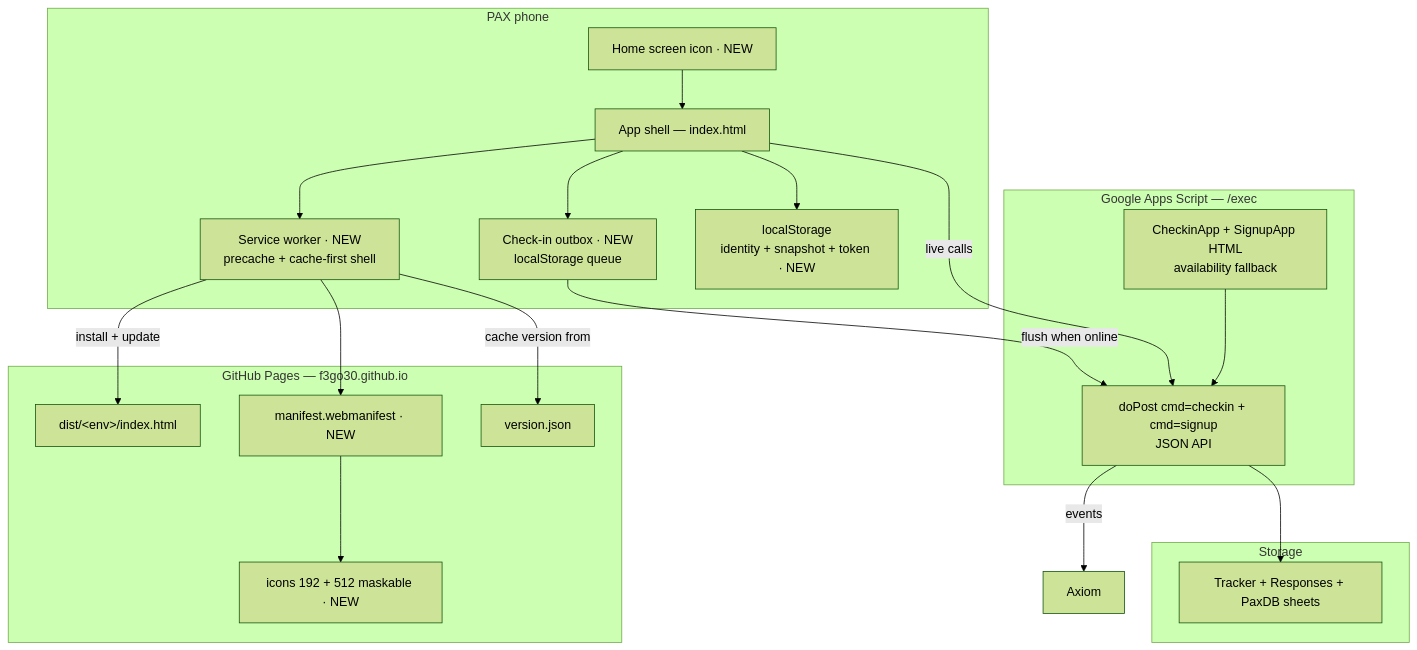
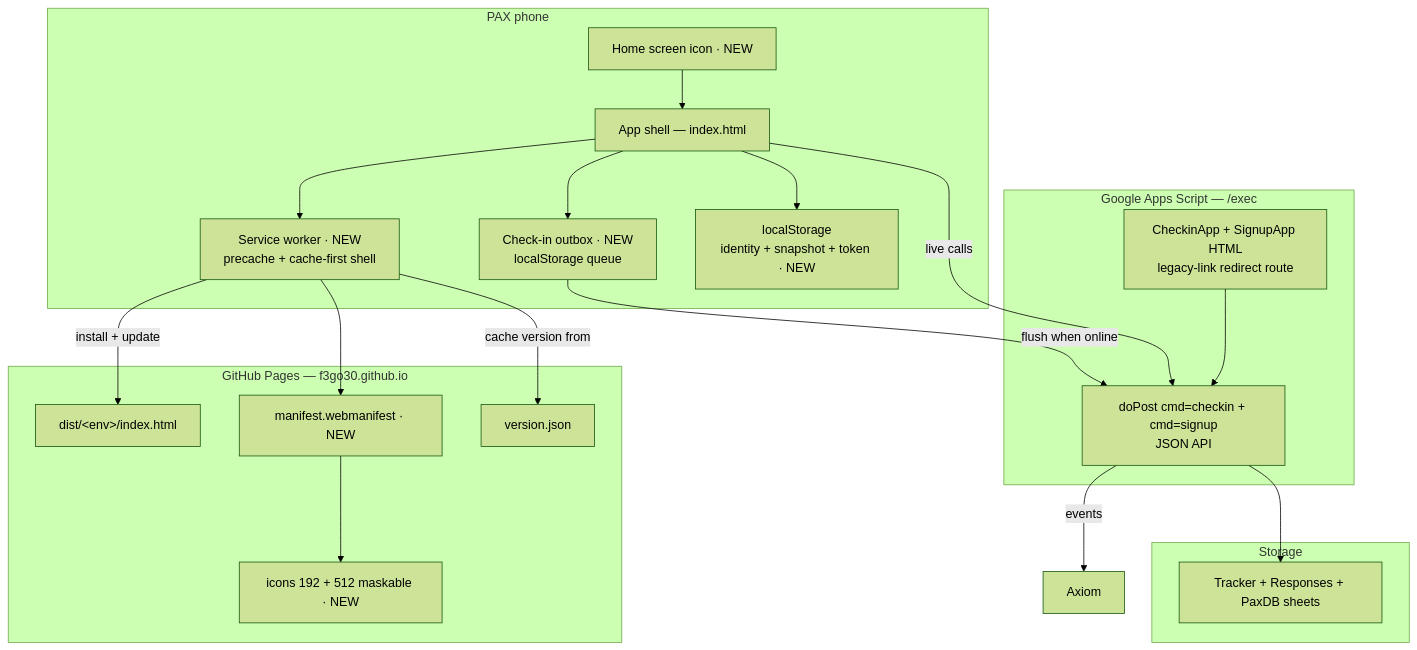
One commit to stuartdonaldson/F3Go30 changed the first of 4 diagrams in docs/pwa-design.md. Above: the diagram before and after it, drawn with Mermaid (forest theme). The commit also changed other lines of this file and 8 other files, not shown here.

````diff
--- a/docs/pwa-design.md
+++ b/docs/pwa-design.md
@@ -59,40 +61,40 @@
 ```mermaid
 flowchart TB
     subgraph phone["PAX phone"]
         icon["Home screen icon · NEW"]
         shell["App shell — index.html"]
         sw["Service worker · NEW<br/>precache + cache-first shell"]
         outbox["Check-in outbox · NEW<br/>localStorage queue"]
         store["localStorage<br/>identity + snapshot + token · NEW"]
     end
 
     subgraph pages["GitHub Pages — f3go30.github.io"]
         dist["dist/&lt;env&gt;/index.html"]
         manifest["manifest.webmanifest · NEW"]
         icons["icons 192 + 512 maskable · NEW"]
         ver["version.json"]
     end
 
     subgraph gas["Google Apps Script — /exec"]
         api["doPost cmd=checkin + cmd=signup<br/>JSON API"]
-        gashtml["CheckinApp + SignupApp HTML<br/>availability fallback"]
+        gashtml["CheckinApp + SignupApp HTML<br/>legacy-link redirect route"]
     end
 
     subgraph data["Storage"]
         sheets["Tracker + Responses + PaxDB sheets"]
     end
 
     icon --> shell
     shell --> sw
     sw -->|"install + update"| dist
     sw --> manifest
     manifest --> icons
     sw -->|"cache version from"| ver
     shell --> store
     shell --> outbox
     outbox -->|"flush when online"| api
     shell -->|"live calls"| api
     api --> sheets
     gashtml --> api
     api -->|"events"| axiom["Axiom"]
 ```
````
